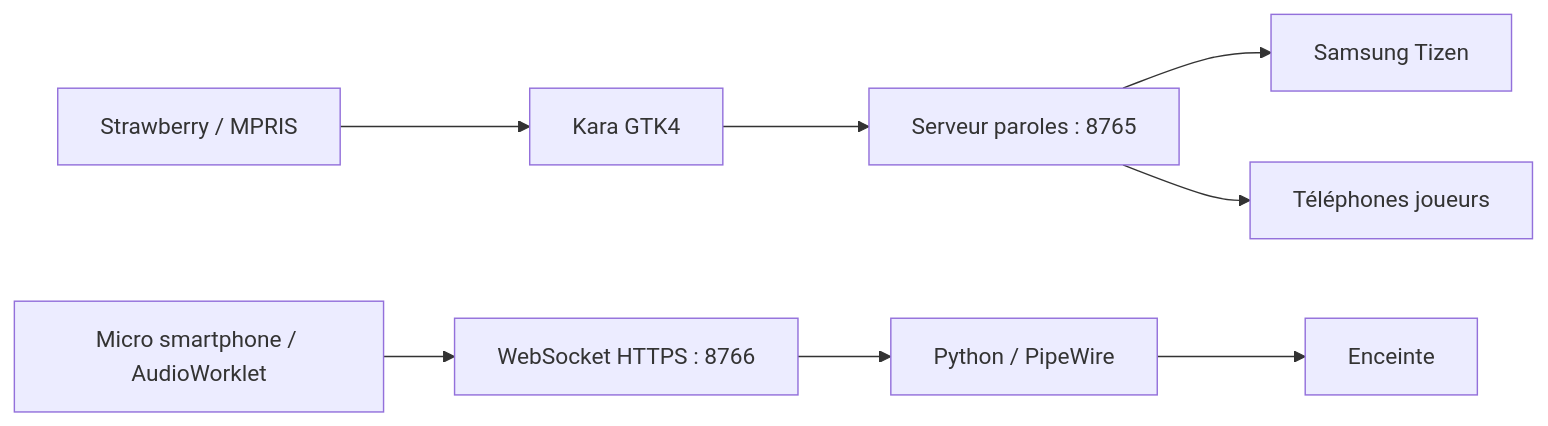
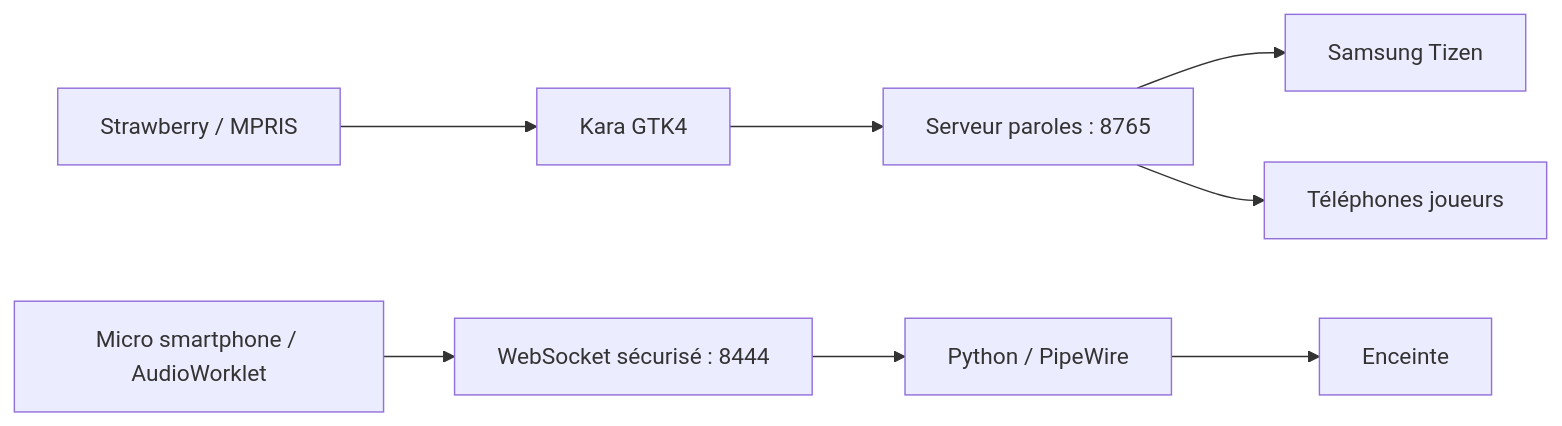
One commit to labfytools/kara-Samsung changed the diagram in README.md. Above: the diagram before and after it, drawn with Mermaid. The commit also changed other lines of this file and 35 other files, not shown here.

````diff
--- a/README.md
+++ b/README.md
@@ -34,10 +31,10 @@
 ```mermaid
 flowchart LR
     S[Strawberry / MPRIS] --> K[Kara GTK4]
     K --> TV[Serveur paroles : 8765]
     TV --> T[Samsung Tizen]
     TV --> P[Téléphones joueurs]
-    M[Micro smartphone / AudioWorklet] --> W[WebSocket HTTPS : 8766]
+    M[Micro smartphone / AudioWorklet] --> W[WebSocket sécurisé : 8444]
     W --> A[Python / PipeWire]
     A --> H[Enceinte]
 ```
````
